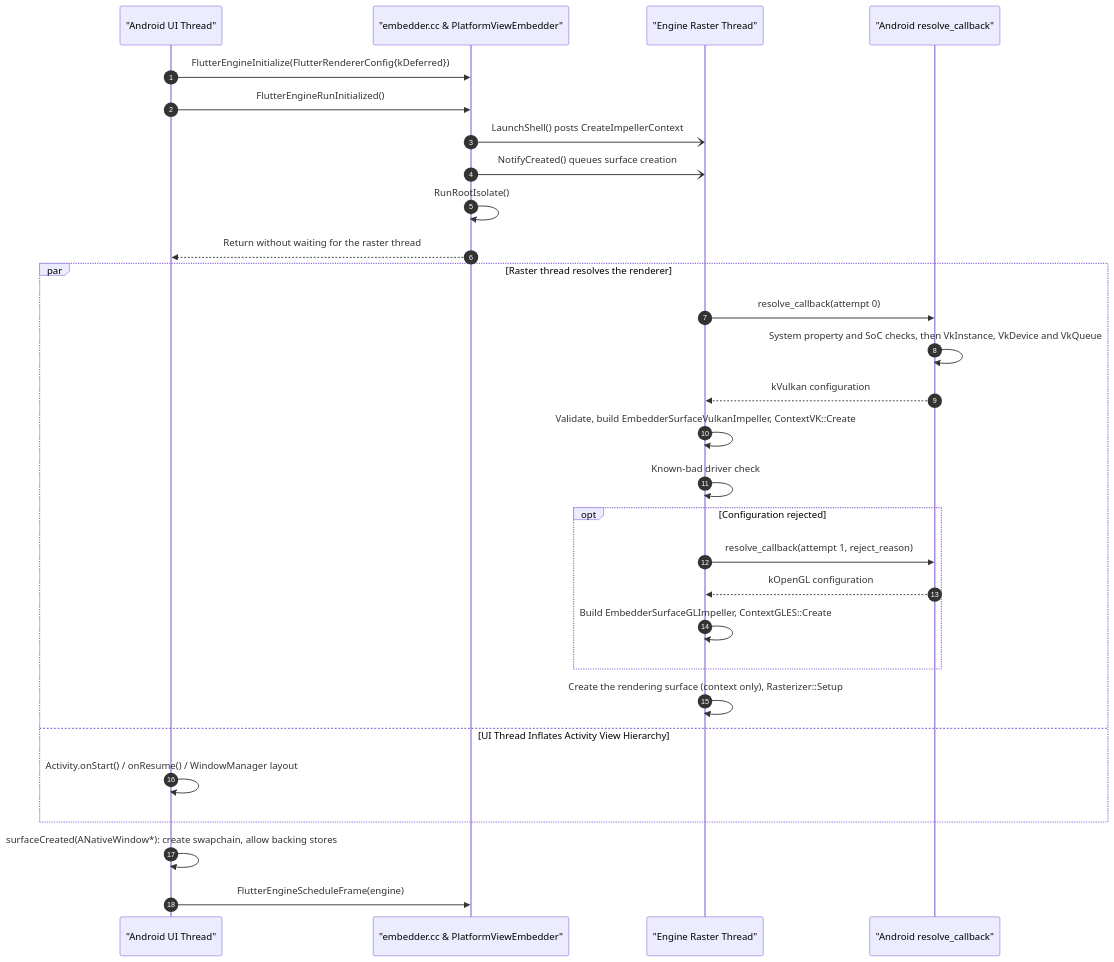
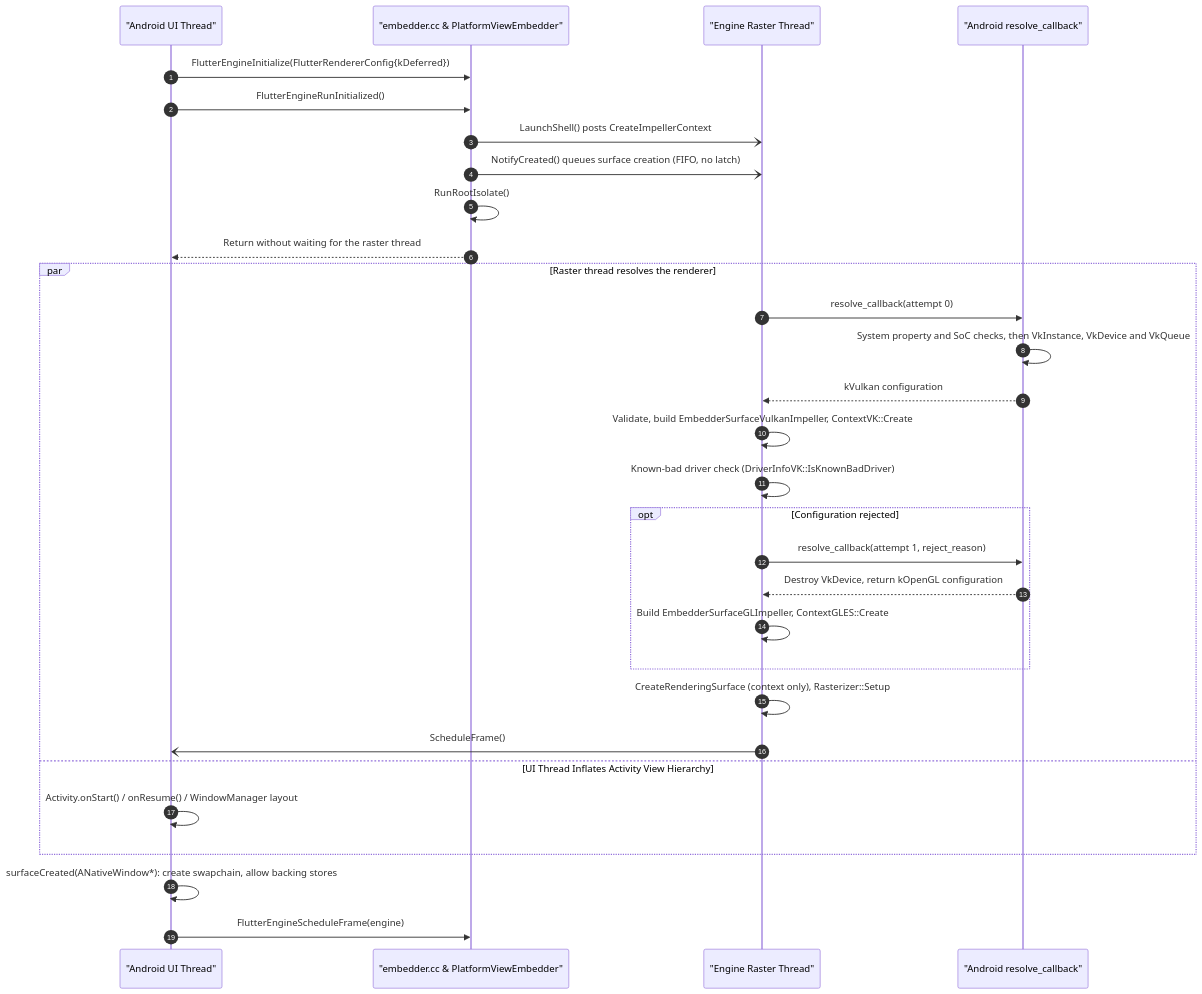
One commit to flutter/rfc changed the third of 16 diagrams in rfc/410.0000-flutter-android-embedder-c-api-migration.md. Above: the diagram before and after it, drawn with Mermaid. The commit also changed other lines of this file, not shown here.

Commit message:
Hatch any unnecessary context and simplify with sequence diagram

````diff
--- a/rfc/410.0000-flutter-android-embedder-c-api-migration.md
+++ b/rfc/410.0000-flutter-android-embedder-c-api-migration.md
@@ -514,32 +244,33 @@
 ```mermaid
 sequenceDiagram
     autonumber
     participant UI as "Android UI Thread"
     participant Emb as "embedder.cc & PlatformViewEmbedder"
     participant Raster as "Engine Raster Thread"
     participant Cb as "Android resolve_callback"
 
     UI->>Emb: FlutterEngineInitialize(FlutterRendererConfig{kDeferred})
     UI->>Emb: FlutterEngineRunInitialized()
     Emb-)Raster: LaunchShell() posts CreateImpellerContext
-    Emb-)Raster: NotifyCreated() queues surface creation
+    Emb-)Raster: NotifyCreated() queues surface creation (FIFO, no latch)
     Emb->>Emb: RunRootIsolate()
     Emb-->>UI: Return without waiting for the raster thread
     par Raster thread resolves the renderer
         Raster->>Cb: resolve_callback(attempt 0)
         Cb->>Cb: System property and SoC checks, then VkInstance, VkDevice and VkQueue
         Cb-->>Raster: kVulkan configuration
         Raster->>Raster: Validate, build EmbedderSurfaceVulkanImpeller, ContextVK::Create
-        Raster->>Raster: Known-bad driver check
+        Raster->>Raster: Known-bad driver check (DriverInfoVK::IsKnownBadDriver)
         opt Configuration rejected
             Raster->>Cb: resolve_callback(attempt 1, reject_reason)
-            Cb-->>Raster: kOpenGL configuration
+            Cb-->>Raster: Destroy VkDevice, return kOpenGL configuration
             Raster->>Raster: Build EmbedderSurfaceGLImpeller, ContextGLES::Create
         end
-        Raster->>Raster: Create the rendering surface (context only), Rasterizer::Setup
+        Raster->>Raster: CreateRenderingSurface (context only), Rasterizer::Setup
+        Raster-)UI: ScheduleFrame()
     and UI Thread Inflates Activity View Hierarchy
         UI->>UI: Activity.onStart() / onResume() / WindowManager layout
     end
     UI->>UI: surfaceCreated(ANativeWindow*): create swapchain, allow backing stores
     UI->>Emb: FlutterEngineScheduleFrame(engine)
 ```
````
